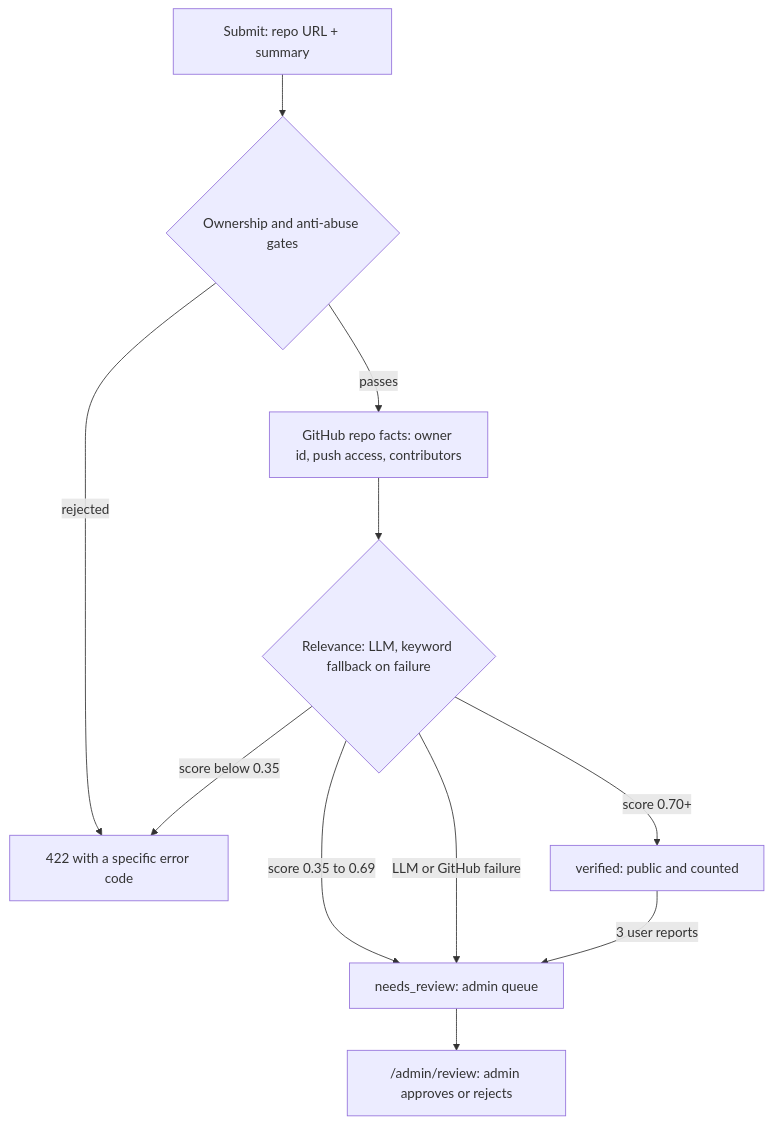
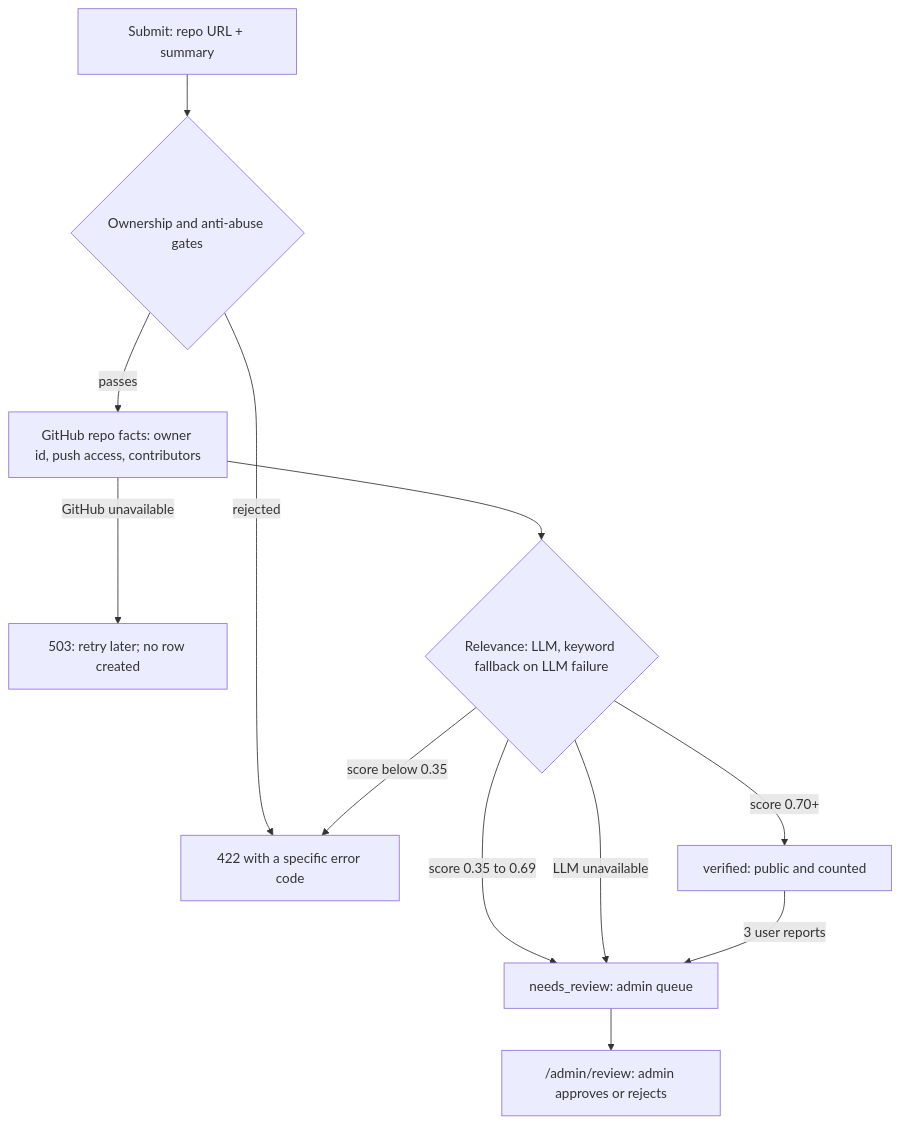
The diagram in README.md (PIYUSH-NEXTGEN/Manabi), drawn with Mermaid before and after one commit. The commit also changed other lines of this file and 9 other files, not shown here.

````diff
--- a/README.md
+++ b/README.md
@@ -57,13 +63,14 @@
 ```mermaid
 flowchart TD
     A["Submit: repo URL + summary"] --> B{"Ownership and anti-abuse gates"}
     B -- "rejected" --> E["422 with a specific error code"]
     B -- "passes" --> C["GitHub repo facts: owner id, push access, contributors"]
-    C --> D{"Relevance: LLM, keyword fallback on failure"}
+    C -- "GitHub unavailable" --> G["503: retry later; no row created"]
+    C --> D{"Relevance: LLM, keyword fallback on LLM failure"}
     D -- "score 0.70+" --> V["verified: public and counted"]
     D -- "score 0.35 to 0.69" --> N["needs_review: admin queue"]
-    D -- "LLM or GitHub failure" --> N
+    D -- "LLM unavailable" --> N
     D -- "score below 0.35" --> E
     N --> H["/admin/review: admin approves or rejects"]
     V -- "3 user reports" --> N
 ```
````
